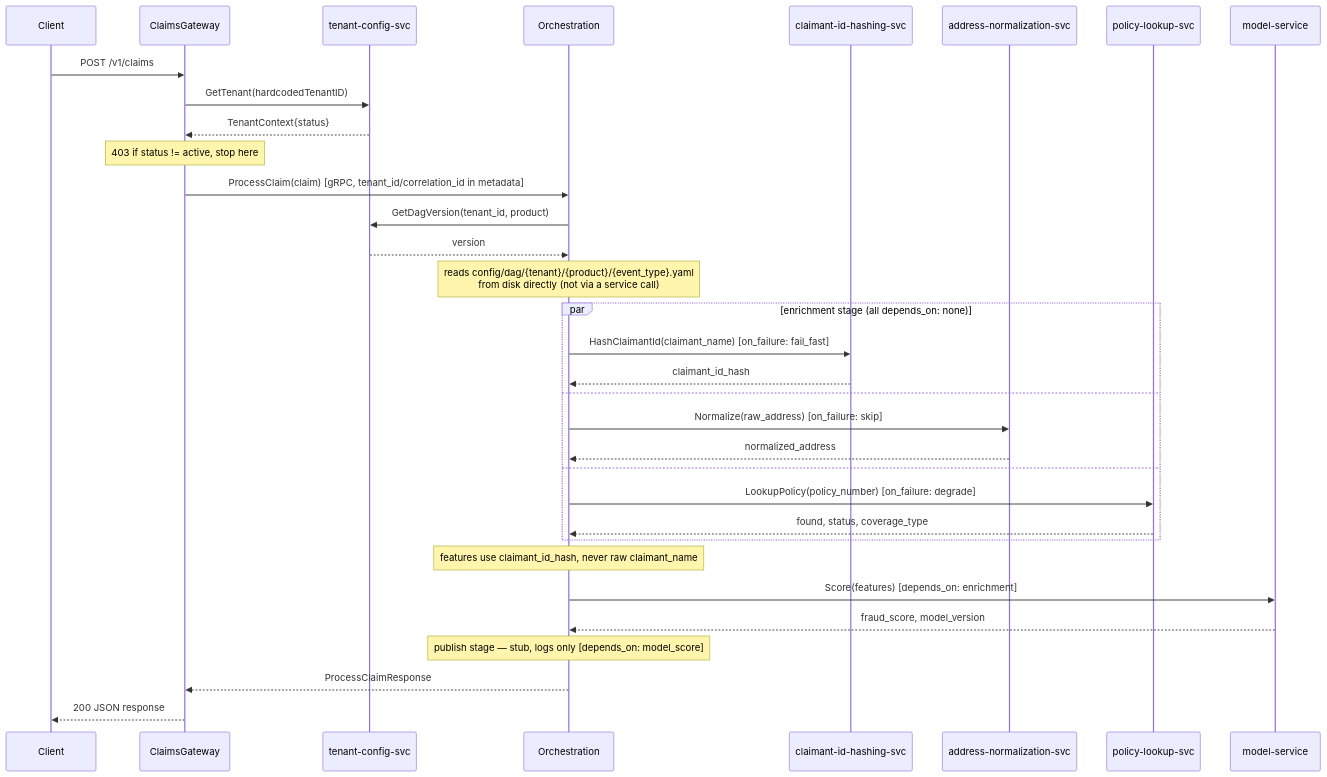
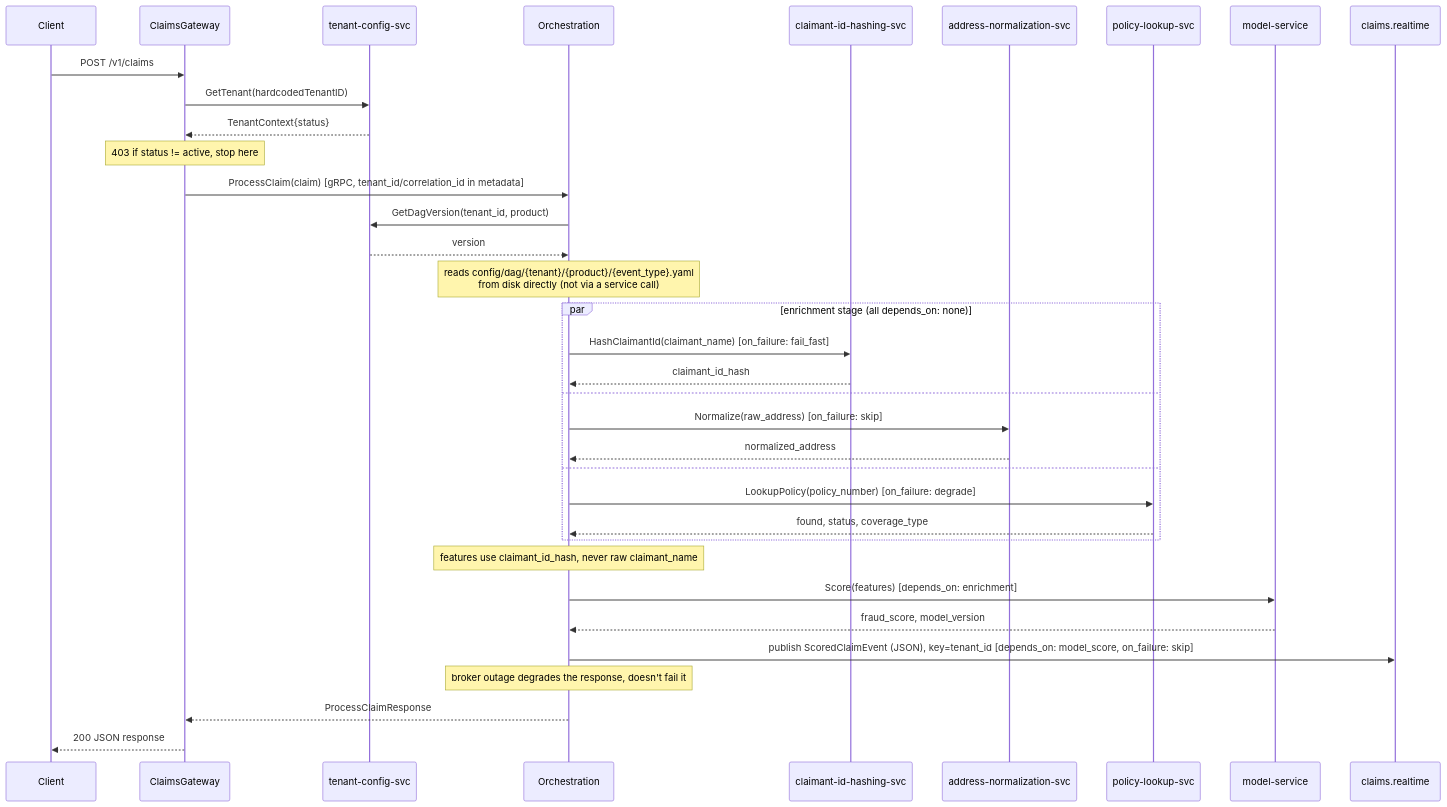
Before and after one commit to redcell-io/insurance-claims-fraud-platform: the diagram in docs/dag-request-flow.md, drawn with Mermaid. The commit also changed other lines of this file and 16 other files, not shown here.

First line of the commit message:
Real Kafka publish, start-all script, hardened test-case docs

````diff
--- a/docs/dag-request-flow.md
+++ b/docs/dag-request-flow.md
@@ -12,36 +12,38 @@
 ```mermaid
 sequenceDiagram
     participant Client
     participant GW as ClaimsGateway
     participant TC as tenant-config-svc
     participant Orch as Orchestration
     participant CIH as claimant-id-hashing-svc
     participant AN as address-normalization-svc
     participant PL as policy-lookup-svc
     participant Model as model-service
+    participant Kafka as claims.realtime
 
     Client->>GW: POST /v1/claims
     GW->>TC: GetTenant(hardcodedTenantID)
     TC-->>GW: TenantContext{status}
     Note over GW: 403 if status != active, stop here
     GW->>Orch: ProcessClaim(claim) [gRPC, tenant_id/correlation_id in metadata]
     Orch->>TC: GetDagVersion(tenant_id, product)
     TC-->>Orch: version
     Note over Orch: reads config/dag/{tenant}/{product}/{event_type}.yaml<br/>from disk directly (not via a service call)
     par enrichment stage (all depends_on: none)
         Orch->>CIH: HashClaimantId(claimant_name) [on_failure: fail_fast]
         CIH-->>Orch: claimant_id_hash
     and
         Orch->>AN: Normalize(raw_address) [on_failure: skip]
         AN-->>Orch: normalized_address
     and
         Orch->>PL: LookupPolicy(policy_number) [on_failure: degrade]
         PL-->>Orch: found, status, coverage_type
     end
     Note over Orch: features use claimant_id_hash, never raw claimant_name
     Orch->>Model: Score(features) [depends_on: enrichment]
     Model-->>Orch: fraud_score, model_version
-    Note over Orch: publish stage — stub, logs only [depends_on: model_score]
+    Orch->>Kafka: publish ScoredClaimEvent (JSON), key=tenant_id [depends_on: model_score, on_failure: skip]
+    Note over Orch: broker outage degrades the response, doesn't fail it
     Orch-->>GW: ProcessClaimResponse
     GW-->>Client: 200 JSON response
 ```
````
